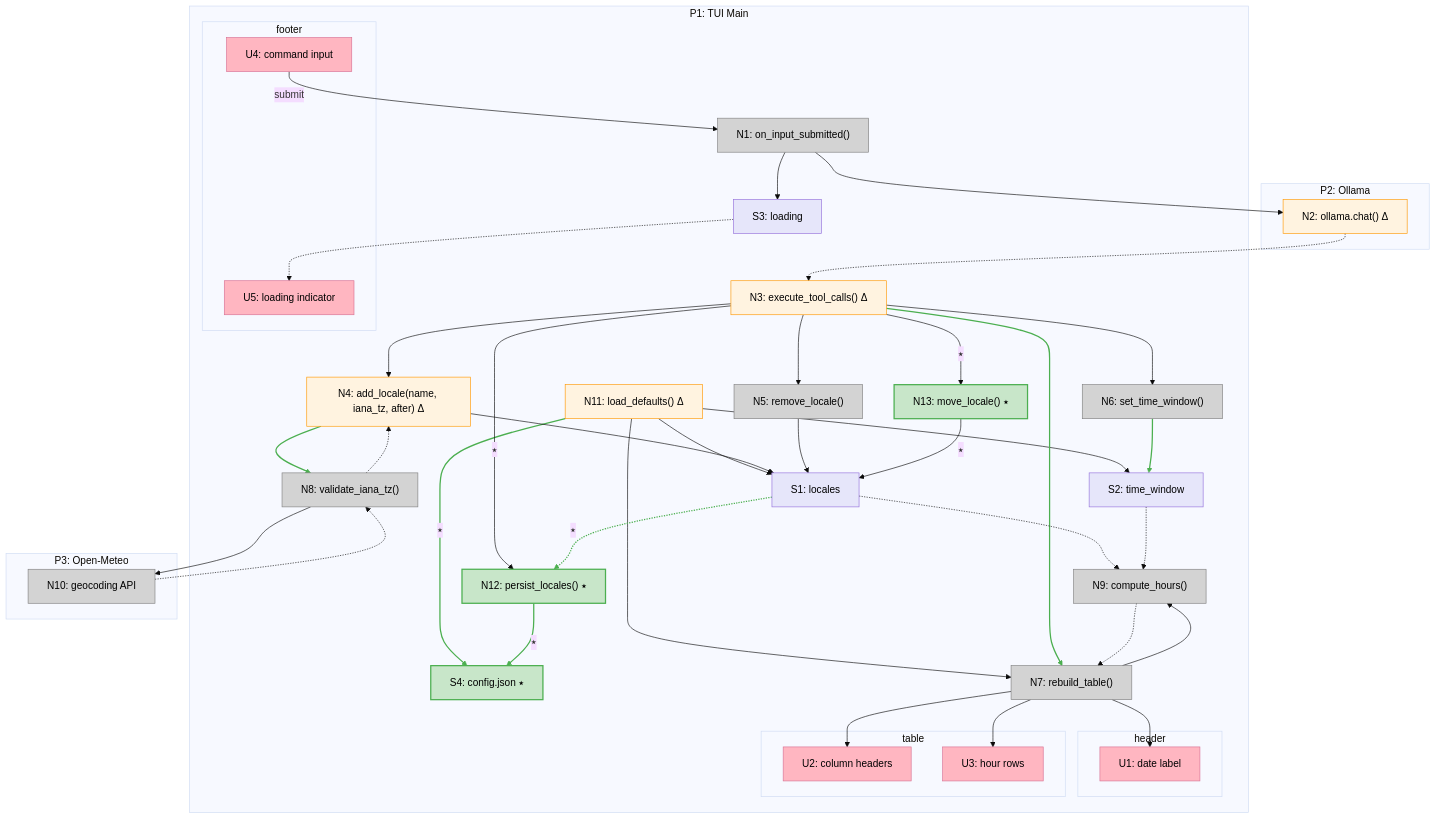
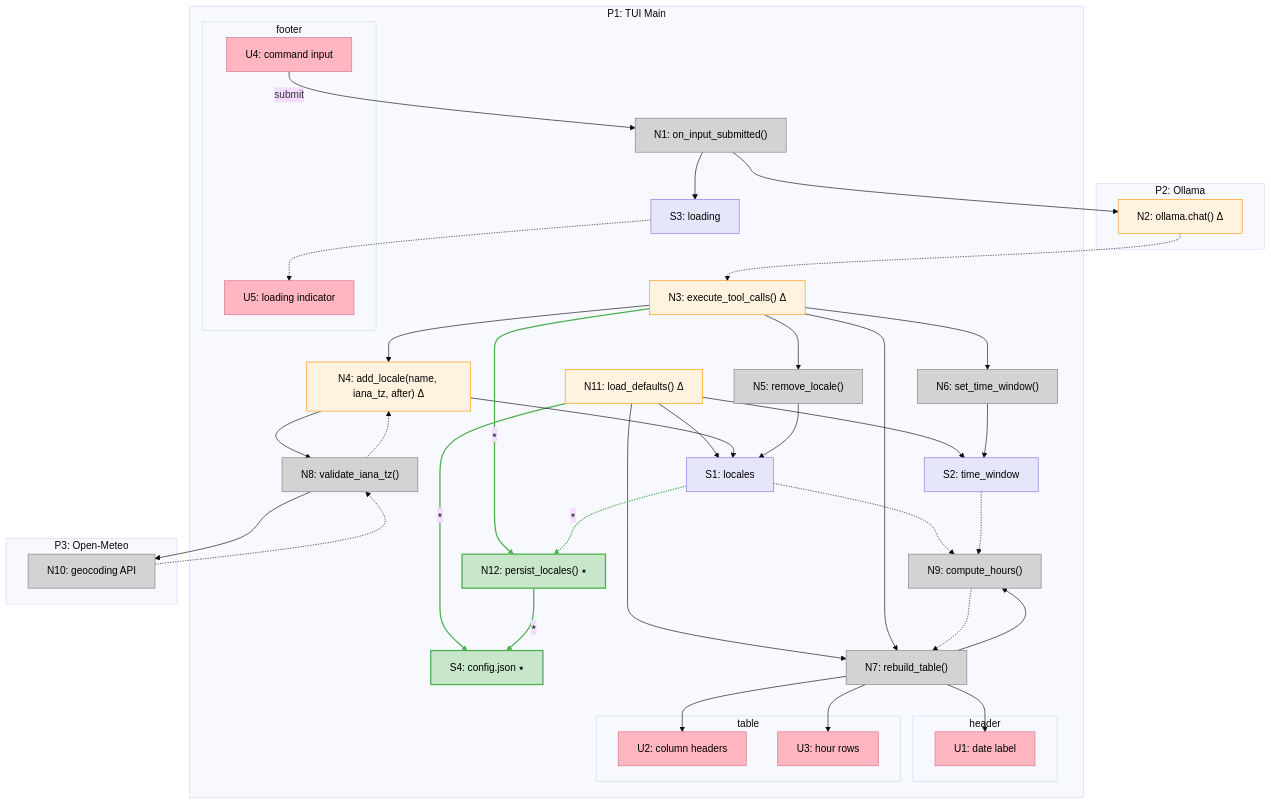
Before and after one commit to rjs/tick: the first of 2 diagrams in shaping-v1.2.md, drawn with Mermaid (base theme). The commit also changed other lines of this file, not shown here.

First line of the commit message:
Remove move_locale from breadboard to match implementation

````diff
--- a/shaping-v1.2.md
+++ b/shaping-v1.2.md
@@ -174,7 +173,6 @@
         N9["N9: compute_hours()"]
         N11["N11: load_defaults() Δ"]
         N12["N12: persist_locales() ⭑"]
-        N13["N13: move_locale() ⭑"]
     end
 
     subgraph P2["P2: Ollama"]
@@ -202,14 +200,12 @@
     N3 --> N4
     N3 --> N5
     N3 --> N6
-    N3 -->|⭑| N13
     N4 --> N8
     N8 --> N10
     N10 -.-> N8
     N8 -.-> N4
     N4 --> S1
     N5 --> S1
-    N13 -->|⭑| S1
     N6 --> S2
 
     %% Persist after locale mutations
@@ -227,13 +223,11 @@
     N7 --> U2
     N7 --> U3
 
-    %% Style new wires (v1.2) — indices: 0=N11→S4, 13=N3→N13, 20=N13→S1, 22=N3→N12, 23=S1→N12, 24=N12→S4
+    %% Style new wires (v1.2) — indices: 0=N11→S4, 19=N3→N12, 20=S1→N12, 21=N12→S4
     linkStyle 0 stroke:#4caf50,stroke-width:2px
-    linkStyle 13 stroke:#4caf50,stroke-width:2px
+    linkStyle 19 stroke:#4caf50,stroke-width:2px
     linkStyle 20 stroke:#4caf50,stroke-width:2px
-    linkStyle 22 stroke:#4caf50,stroke-width:2px
-    linkStyle 23 stroke:#4caf50,stroke-width:2px
-    linkStyle 24 stroke:#4caf50,stroke-width:2px
+    linkStyle 21 stroke:#4caf50,stroke-width:2px
 
     classDef ui fill:#ffb6c1,stroke:#d87093,color:#000
     classDef nonui fill:#d3d3d3,stroke:#808080,color:#000
@@ -245,5 +239,5 @@
     class N1,N5,N6,N7,N8,N9,N10 nonui
     class S1,S2,S3 store
     class N2,N3,N4,N11 changed
-    class N12,N13,S4 new
+    class N12,S4 new
 ```
````
